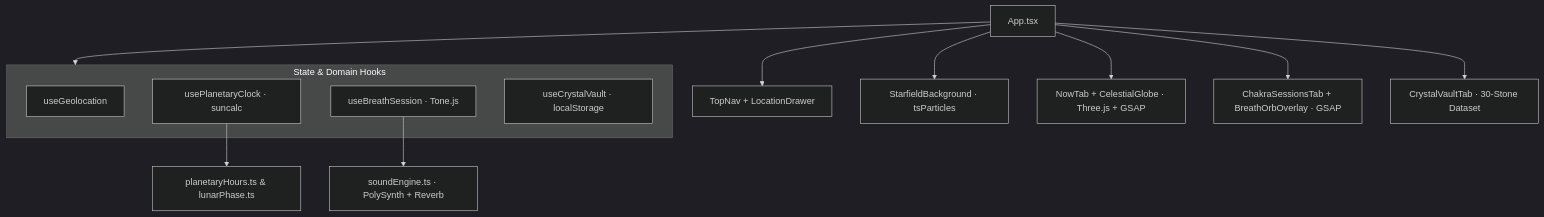
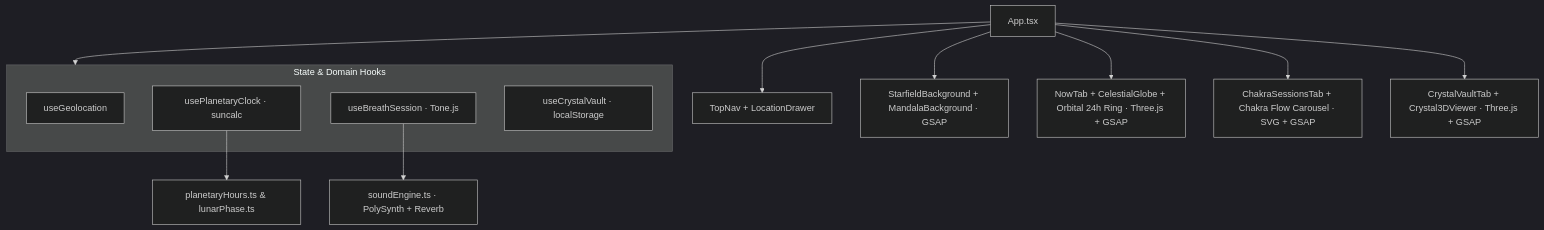
The diagram in README.md (nirmalya-panigrahi/Celestial-Rhythm), drawn with Mermaid (dark theme) before and after one commit. The commit also changed other lines of this file and 20 other files, not shown here.

First line of the commit message:
refactor(ui): update celestial and chakra visuals

````diff
--- a/README.md
+++ b/README.md
@@ -30,20 +28,20 @@
 ```mermaid
 flowchart TD
   App[App.tsx] --> Nav[TopNav + LocationDrawer]
-  App --> Bg[StarfieldBackground · tsParticles]
+  App --> Bg[StarfieldBackground + MandalaBackground · GSAP]
   App --> Hooks
 
   subgraph Hooks[State & Domain Hooks]
     Geo[useGeolocation]
     Clock[usePlanetaryClock · suncalc]
     Breath[useBreathSession · Tone.js]
     Vault[useCrystalVault · localStorage]
   end
 
   Clock --> Calc[planetaryHours.ts & lunarPhase.ts]
   Breath --> Audio[soundEngine.ts · PolySynth + Reverb]
 
-  App --> Tab1[NowTab + CelestialGlobe · Three.js + GSAP]
-  App --> Tab2[ChakraSessionsTab + BreathOrbOverlay · GSAP]
-  App --> Tab3[CrystalVaultTab · 30-Stone Dataset]
+  App --> Tab1[NowTab + CelestialGlobe + Orbital 24h Ring · Three.js + GSAP]
+  App --> Tab2[ChakraSessionsTab + Chakra Flow Carousel · SVG + GSAP]
+  App --> Tab3[CrystalVaultTab + Crystal3DViewer · Three.js + GSAP]
 ```
````
